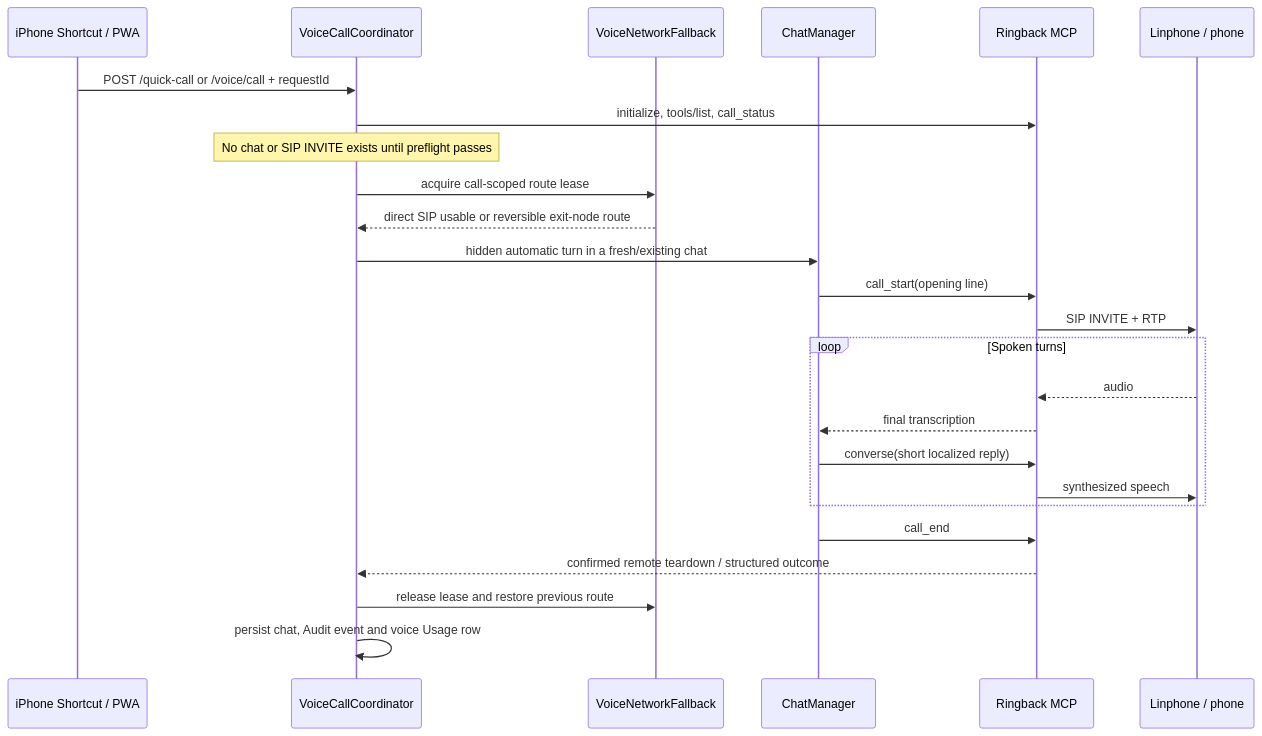
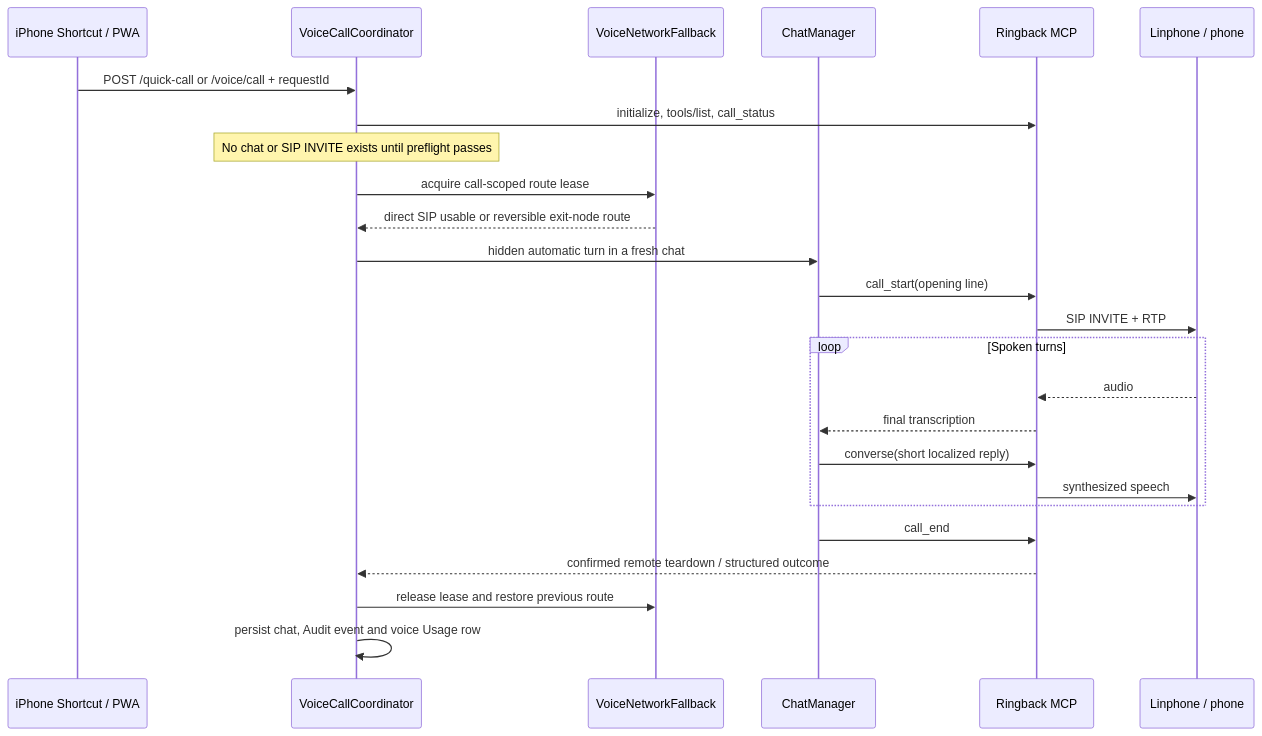
One commit to iFralex/Steward changed the third of 15 diagrams in README.md. Above: the diagram before and after it, drawn with Mermaid. The commit also changed other lines of this file and 15 other files, not shown here.

````diff
--- a/README.md
+++ b/README.md
@@ -571,28 +563,28 @@
 ```mermaid
 sequenceDiagram
     participant Shortcut as iPhone Shortcut / PWA
     participant Host as VoiceCallCoordinator
     participant Net as VoiceNetworkFallback
     participant Agent as ChatManager
     participant MCP as Ringback MCP
     participant Phone as Linphone / phone
 
     Shortcut->>Host: POST /quick-call or /voice/call + requestId
     Host->>MCP: initialize, tools/list, call_status
     Note over Host: No chat or SIP INVITE exists until preflight passes
     Host->>Net: acquire call-scoped route lease
     Net-->>Host: direct SIP usable or reversible exit-node route
-    Host->>Agent: hidden automatic turn in a fresh/existing chat
+    Host->>Agent: hidden automatic turn in a fresh chat
     Agent->>MCP: call_start(opening line)
     MCP->>Phone: SIP INVITE + RTP
     loop Spoken turns
         Phone-->>MCP: audio
         MCP-->>Agent: final transcription
         Agent->>MCP: converse(short localized reply)
         MCP->>Phone: synthesized speech
     end
     Agent->>MCP: call_end
     MCP-->>Host: confirmed remote teardown / structured outcome
     Host->>Net: release lease and restore previous route
     Host->>Host: persist chat, Audit event and voice Usage row
 ```
````
